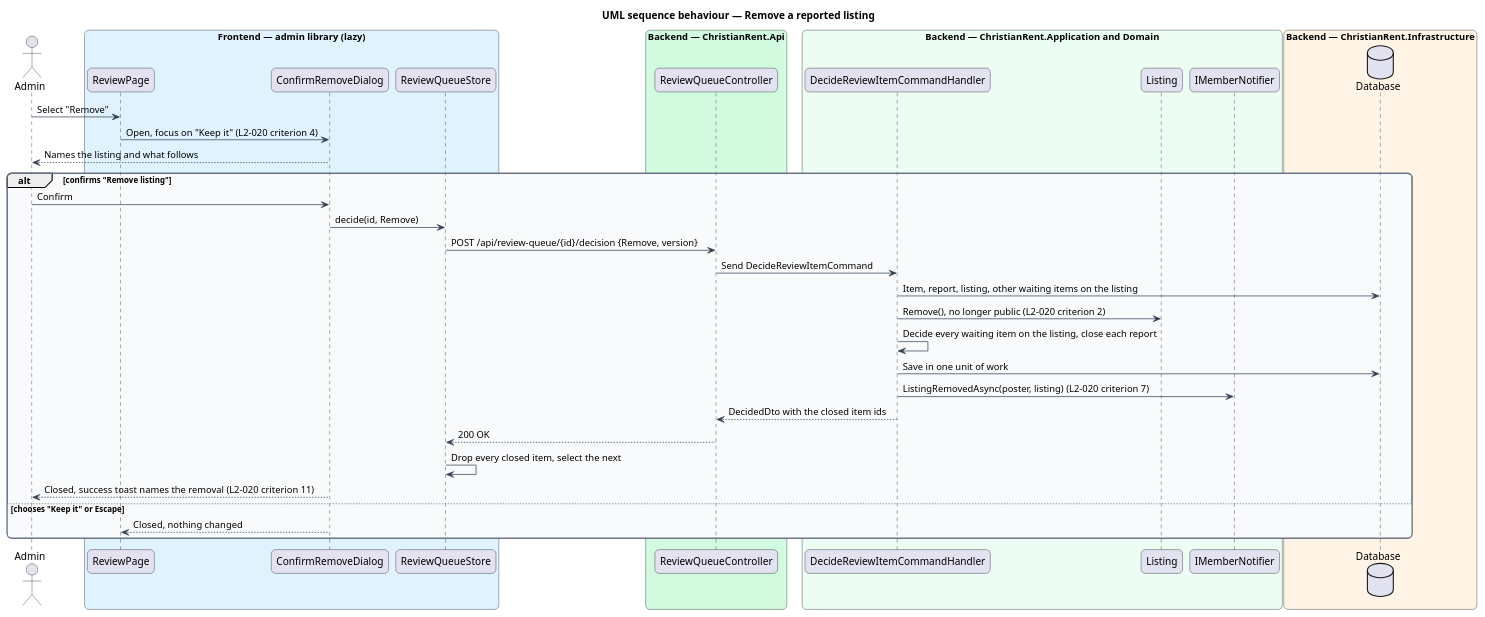
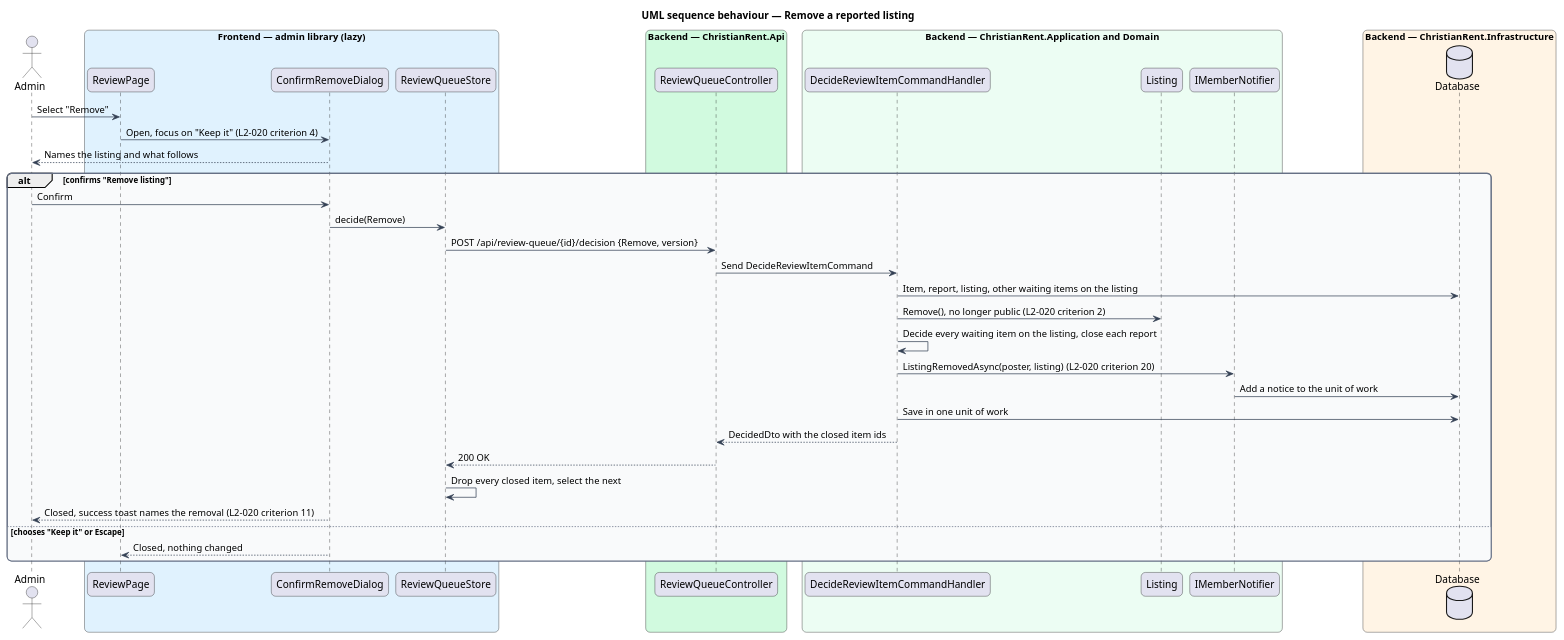
Before and after one commit to QuinntyneBrown/christian-rent: the diagram in docs/detailed-designs/review/decide-review-item/diagrams/sequence-remove-reported-listing.puml, drawn with PlantUML. The commit also changed 49 other files, not shown here.

```diff
--- a/docs/detailed-designs/review/decide-review-item/diagrams/sequence-remove-reported-listing.puml
+++ b/docs/detailed-designs/review/decide-review-item/diagrams/sequence-remove-reported-listing.puml
@@ -1,54 +1,55 @@
 @startuml
 title UML sequence behaviour — Remove a reported listing
 skinparam backgroundColor #FFFFFF
 skinparam shadowing false
 skinparam roundcorner 12
 skinparam defaultFontName Arial
 skinparam ArrowColor #344054
 skinparam rectangle {
   BorderColor #344054
   FontColor #101828
 }
 skinparam package {
   BorderColor #667085
   FontColor #101828
   BackgroundColor #F9FAFB
 }
 actor "Admin" as actor
 box "Frontend — admin library (lazy)" #E0F2FE
   participant "ReviewPage" as page
   participant "ConfirmRemoveDialog" as dialog
   participant "ReviewQueueStore" as store
 end box
 box "Backend — ChristianRent.Api" #D1FADF
   participant "ReviewQueueController" as ctrl
 end box
 box "Backend — ChristianRent.Application and Domain" #ECFDF3
   participant "DecideReviewItemCommandHandler" as handler
   participant "Listing" as listing
   participant "IMemberNotifier" as notify
 end box
 box "Backend — ChristianRent.Infrastructure" #FFF4E5
   database "Database" as db
 end box
 actor -> page : Select "Remove"
 page -> dialog : Open, focus on "Keep it" (L2-020 criterion 4)
 dialog --> actor : Names the listing and what follows
 alt confirms "Remove listing"
   actor -> dialog : Confirm
-  dialog -> store : decide(id, Remove)
+  dialog -> store : decide(Remove)
   store -> ctrl : POST /api/review-queue/{id}/decision {Remove, version}
   ctrl -> handler : Send DecideReviewItemCommand
   handler -> db : Item, report, listing, other waiting items on the listing
   handler -> listing : Remove(), no longer public (L2-020 criterion 2)
   handler -> handler : Decide every waiting item on the listing, close each report
+  handler -> notify : ListingRemovedAsync(poster, listing) (L2-020 criterion 20)
+  notify -> db : Add a notice to the unit of work
   handler -> db : Save in one unit of work
-  handler -> notify : ListingRemovedAsync(poster, listing) (L2-020 criterion 7)
   handler --> ctrl : DecidedDto with the closed item ids
   ctrl --> store : 200 OK
   store -> store : Drop every closed item, select the next
   dialog --> actor : Closed, success toast names the removal (L2-020 criterion 11)
 else chooses "Keep it" or Escape
   dialog --> page : Closed, nothing changed
 end
 @enduml
```
